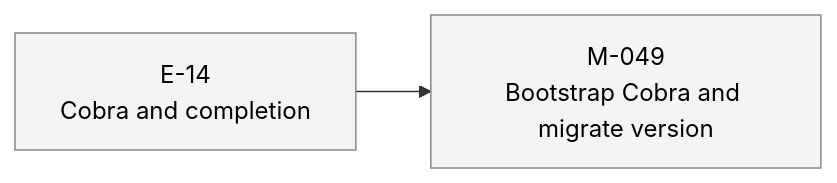
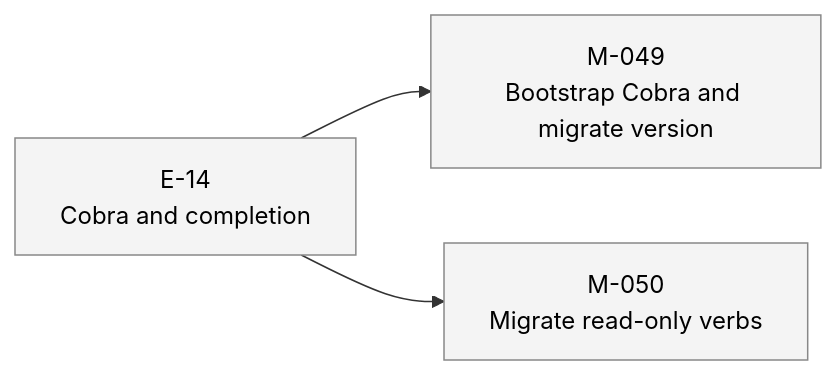
Before and after one commit to 23min/aiwf: the second of 2 diagrams in STATUS.md, drawn with Mermaid. The commit also changed other lines of this file and 1 other file, not shown here.

First line of the commit message:
aiwf add milestone M-050 "Migrate read-only verbs"

````diff
--- a/STATUS.md
+++ b/STATUS.md
@@ -32,12 +33,14 @@
 ```mermaid
 flowchart LR
   E_14["E-14<br/>Cobra and completion"]:::epic_proposed
   M_049["M-049<br/>Bootstrap Cobra and migrate version"]:::ms_draft
   E_14 --> M_049
+  M_050["M-050<br/>Migrate read-only verbs"]:::ms_draft
+  E_14 --> M_050
   classDef epic_active fill:#d6eaff,stroke:#1a73e8,color:#000
   classDef epic_proposed fill:#f4f4f4,stroke:#888,color:#000
   classDef ms_done fill:#d8f5d8,stroke:#2a8a2a,color:#000
   classDef ms_in_progress fill:#fff3c4,stroke:#caa400,color:#000
   classDef ms_draft fill:#f4f4f4,stroke:#888,color:#000
   classDef ms_cancelled fill:#fbeaea,stroke:#c33,color:#000
 ```
````
